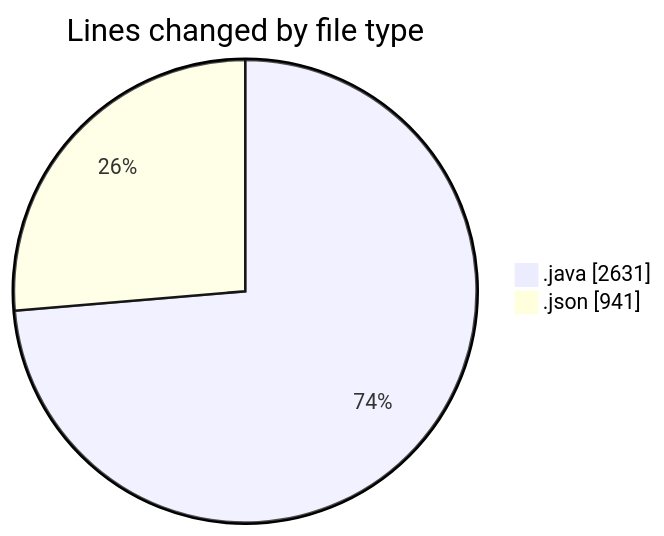
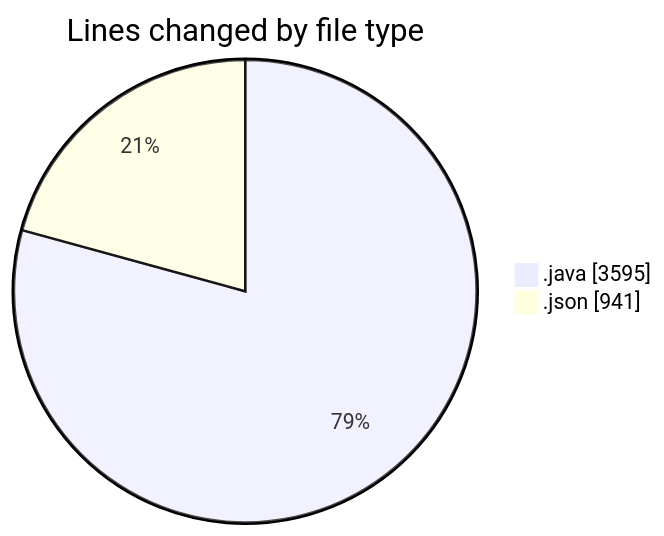
One commit to ricardozamudiocil/code-tracking changed the first of 2 diagrams in 2026-04-28/cilapp/README.md. Above: the diagram before and after it, drawn with Mermaid. The commit also changed other lines of this file and 1 other file, not shown here.

````diff
--- a/2026-04-28/cilapp/README.md
+++ b/2026-04-28/cilapp/README.md
@@ -23,6 +24,6 @@
 ```mermaid
 pie showData
 title Lines changed by file type
-".java" : 2631
+".java" : 3595
 ".json" : 941
 ```
````
